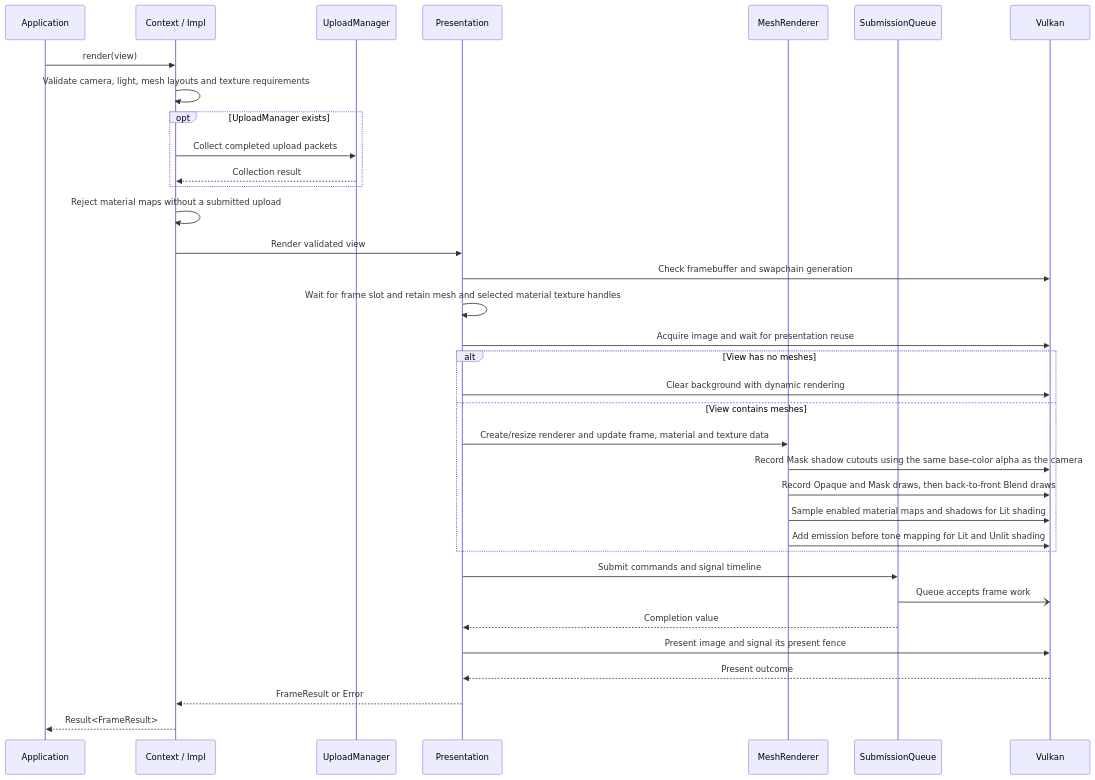
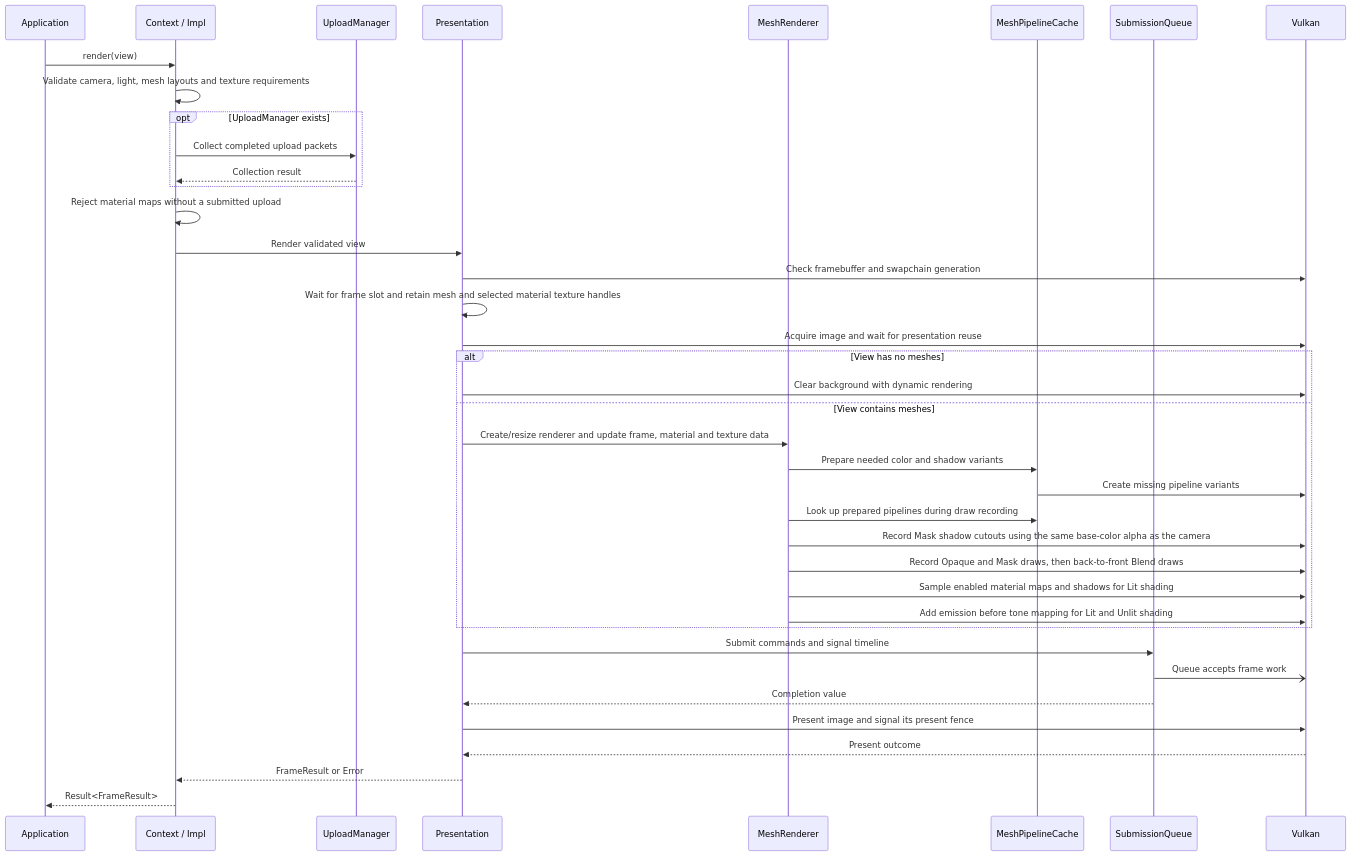
Before and after one commit to a-soltysik/Panda: the diagram in docs/use-cases/render-view.md, drawn with Mermaid. The commit also changed other lines of this file and 23 other files, not shown here.

Commit message:
Extract mesh pipeline variant cache (#108)

````diff
--- a/docs/use-cases/render-view.md
+++ b/docs/use-cases/render-view.md
@@ -76,37 +78,41 @@
 ```mermaid
 sequenceDiagram
     participant A as Application
     participant C as Context / Impl
     participant U as UploadManager
     participant P as Presentation
     participant R as MeshRenderer
+    participant K as MeshPipelineCache
     participant Q as SubmissionQueue
     participant V as Vulkan
     A->>C: render(view)
     C->>C: Validate camera, light, mesh layouts and texture requirements
     opt UploadManager exists
         C->>U: Collect completed upload packets
         U-->>C: Collection result
     end
     C->>C: Reject material maps without a submitted upload
     C->>P: Render validated view
     P->>V: Check framebuffer and swapchain generation
     P->>P: Wait for frame slot and retain mesh and selected material texture handles
     P->>V: Acquire image and wait for presentation reuse
     alt View has no meshes
         P->>V: Clear background with dynamic rendering
     else View contains meshes
         P->>R: Create/resize renderer and update frame, material and texture data
+        R->>K: Prepare needed color and shadow variants
+        K->>V: Create missing pipeline variants
+        R->>K: Look up prepared pipelines during draw recording
         R->>V: Record Mask shadow cutouts using the same base-color alpha as the camera
         R->>V: Record Opaque and Mask draws, then back-to-front Blend draws
         R->>V: Sample enabled material maps and shadows for Lit shading
         R->>V: Add emission before tone mapping for Lit and Unlit shading
     end
     P->>Q: Submit commands and signal timeline
     Q-)V: Queue accepts frame work
     Q-->>P: Completion value
     P->>V: Present image and signal its present fence
     V-->>P: Present outcome
     P-->>C: FrameResult or Error
     C-->>A: Result<FrameResult>
 ```
````
